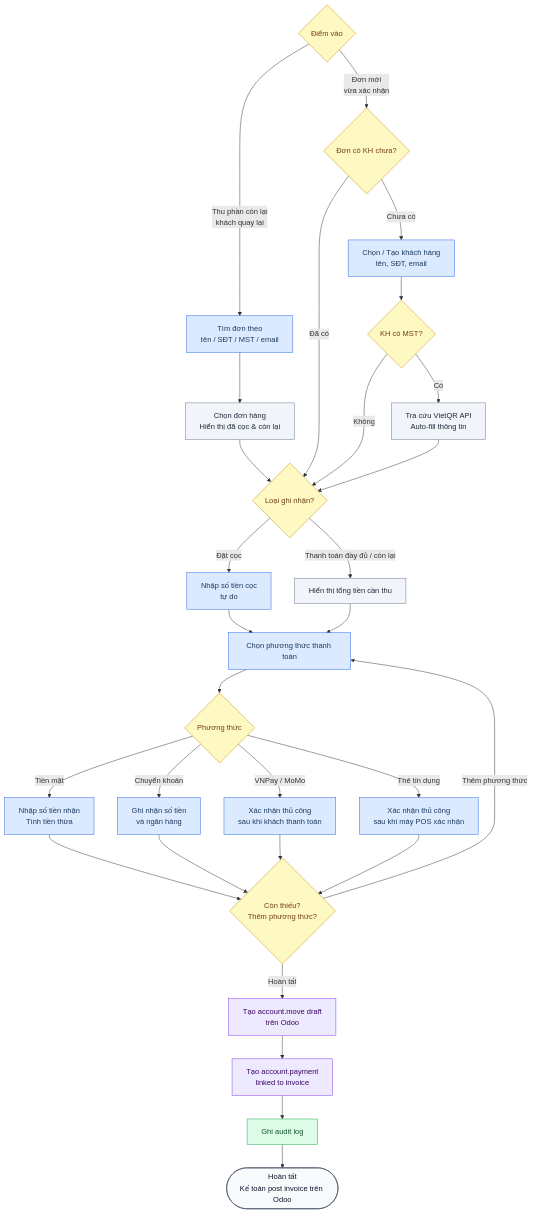
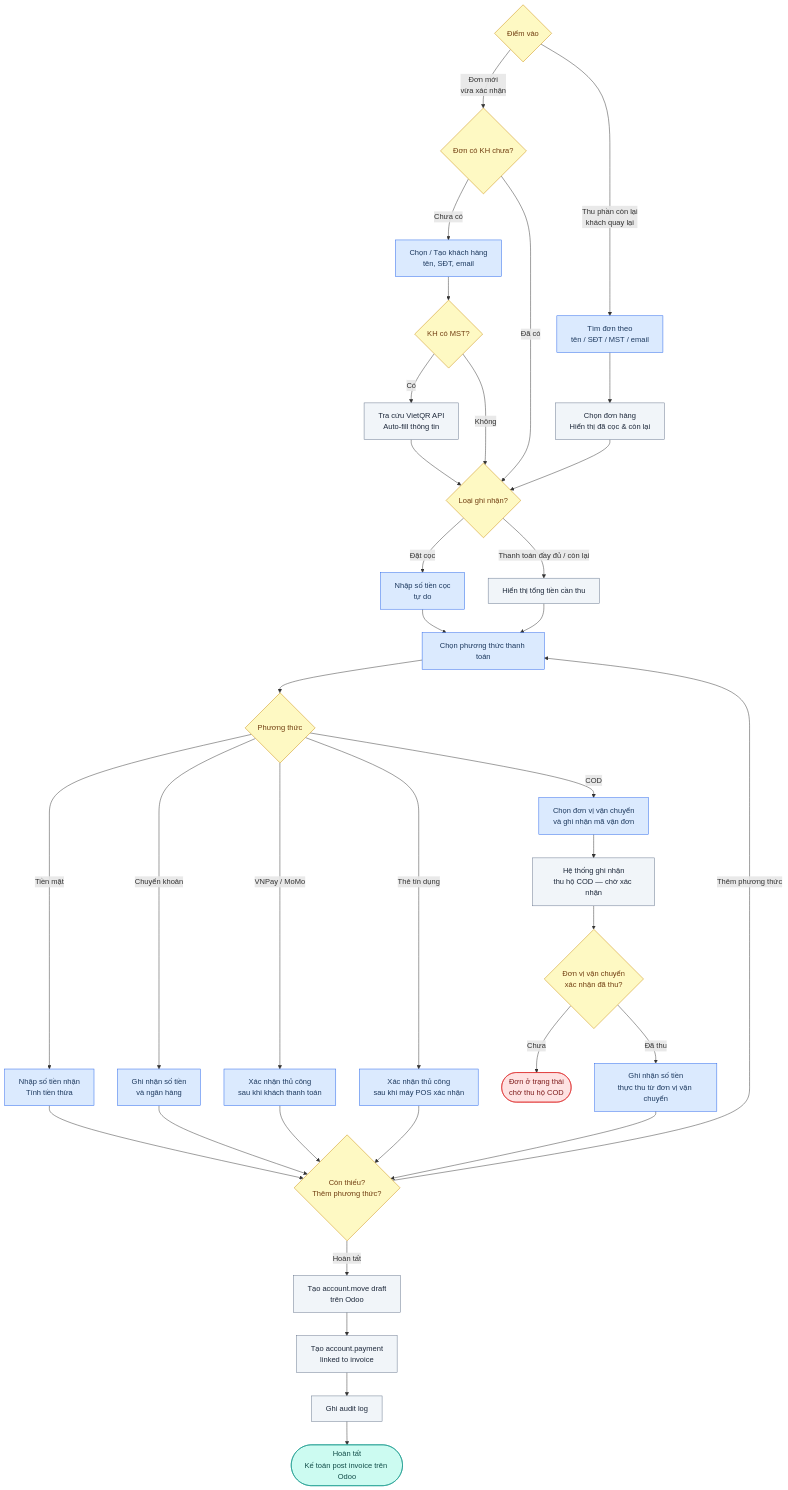
The second of 15 diagrams in process_flow.md (ngohuuduc/VJ_mobile_POS), drawn with Mermaid before and after one commit. The commit also changed other lines of this file and 2 other files, not shown here.

Commit message:
Update documentation: increment version and update last modified date for open questions, process flow, and scope documents

````diff
--- a/process_flow.md
+++ b/process_flow.md
@@ -95,42 +96,47 @@
 ```mermaid
 flowchart TD
     classDef user fill:#DBEAFE,stroke:#2563EB,color:#1e3a5f
     classDef system fill:#F1F5F9,stroke:#64748B,color:#1e293b
-    classDef odoo fill:#EDE9FE,stroke:#7C3AED,color:#3b0764
-    classDef db fill:#DCFCE7,stroke:#16A34A,color:#14532d
+    classDef accountant fill:#CCFBF1,stroke:#0D9488,color:#134E4A
     classDef decision fill:#FEF9C3,stroke:#CA8A04,color:#713f12
     classDef terminal fill:#F8FAFC,stroke:#334155,color:#0f172a
     classDef warning fill:#FEE2E2,stroke:#DC2626,color:#7f1d1d
 
     START{Điểm vào}:::decision -- Đơn mới\nvừa xác nhận --> CK
     START -- Thu phần còn lại\nkhách quay lại --> SEARCH[Tìm đơn theo\ntên / SĐT / MST / email]:::user
     SEARCH --> FOUND[Chọn đơn hàng\nHiển thị đã cọc & còn lại]:::system
     FOUND --> B
 
     CK{Đơn có KH chưa?}:::decision
     CK -- Chưa có --> SELKH[Chọn / Tạo khách hàng\ntên, SĐT, email]:::user
     CK -- Đã có --> B
     SELKH --> MST{KH có MST?}:::decision
     MST -- Có --> LOOKUP[Tra cứu VietQR API\nAuto-fill thông tin]:::system
     MST -- Không --> B
     LOOKUP --> B
 
     B{Loại ghi nhận?}:::decision -- Đặt cọc --> C[Nhập số tiền cọc\ntự do]:::user
     B -- Thanh toán đầy đủ / còn lại --> D[Hiển thị tổng tiền cần thu]:::system
     C --> E[Chọn phương thức thanh toán]:::user
     D --> E
     E --> F{Phương thức}:::decision
     F -- Tiền mặt --> G[Nhập số tiền nhận\nTính tiền thừa]:::user
     F -- Chuyển khoản --> H[Ghi nhận số tiền\nvà ngân hàng]:::user
     F -- VNPay / MoMo --> I[Xác nhận thủ công\nsau khi khách thanh toán]:::user
     F -- Thẻ tín dụng --> J[Xác nhận thủ công\nsau khi máy POS xác nhận]:::user
+    F -- COD --> COD1[Chọn đơn vị vận chuyển\nvà ghi nhận mã vận đơn]:::user
+    COD1 --> COD2[Hệ thống ghi nhận\nthu hộ COD — chờ xác nhận]:::system
+    COD2 --> COD3{Đơn vị vận chuyển\nxác nhận đã thu?}:::decision
+    COD3 -- Chưa --> COD4([Đơn ở trạng thái\nchờ thu hộ COD]):::warning
+    COD3 -- Đã thu --> COD5[Ghi nhận số tiền\nthực thu từ đơn vị vận chuyển]:::user
+    COD5 --> K
     G --> K{Còn thiếu?\nThêm phương thức?}:::decision
     H --> K
     I --> K
     J --> K
     K -- Thêm phương thức --> E
-    K -- Hoàn tất --> L[Tạo account.move draft\ntrên Odoo]:::odoo
-    L --> M[Tạo account.payment\nlinked to invoice]:::odoo
-    M --> N[Ghi audit log]:::db
-    N --> O([Hoàn tất\nKế toán post invoice trên Odoo]):::terminal
+    K -- Hoàn tất --> L[Tạo account.move draft\ntrên Odoo]:::system
+    L --> M[Tạo account.payment\nlinked to invoice]:::system
+    M --> N[Ghi audit log]:::system
+    N --> O([Hoàn tất\nKế toán post invoice trên Odoo]):::accountant
 ```
````
